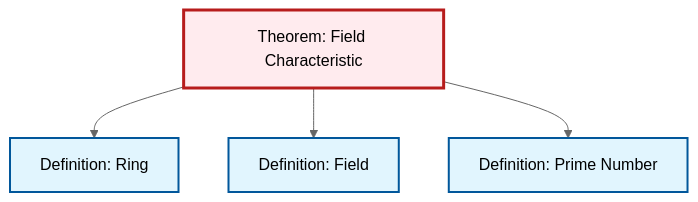
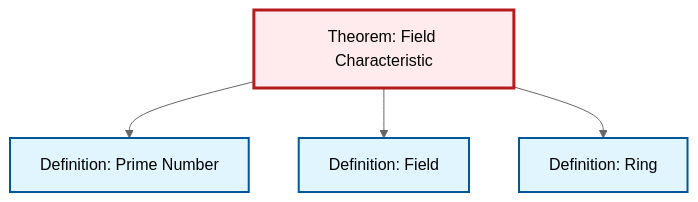
Before and after one commit to RK0429/ModernMath: the diagram in content/en/algebra/thm-field-characteristic.qmd, drawn with Mermaid (neutral theme). The commit also changed other lines of this file and 581 other files, not shown here.

````diff
--- a/content/en/algebra/thm-field-characteristic.qmd
+++ b/content/en/algebra/thm-field-characteristic.qmd
@@ -53,20 +53,20 @@
 ```{mermaid}
 %%| fig-cap: "Local dependency graph"
 graph TD
     classDef definition fill:#e1f5fe,stroke:#01579b,stroke-width:2px
     classDef theorem fill:#f3e5f5,stroke:#4a148c,stroke-width:2px
     classDef axiom fill:#fff3e0,stroke:#e65100,stroke-width:2px
     classDef example fill:#e8f5e9,stroke:#1b5e20,stroke-width:2px
     classDef current fill:#ffebee,stroke:#b71c1c,stroke-width:3px
-    def-field["Definition: Field"]:::definition
+    def-prime["Definition: Prime Number"]:::definition
     thm-field-characteristic["Theorem: Field Characteristic"]:::theorem
     def-ring["Definition: Ring"]:::definition
-    def-prime["Definition: Prime Number"]:::definition
+    def-field["Definition: Field"]:::definition
+    thm-field-characteristic --> def-prime
+    thm-field-characteristic --> def-field
     thm-field-characteristic --> def-ring
-    thm-field-characteristic --> def-field
-    thm-field-characteristic --> def-prime
     class thm-field-characteristic current
+    click def-prime "def-prime.html" "Go to Prime Number definition"
+    click def-ring "def-ring.html" "Go to Ring definition"
     click def-field "def-field.html" "Go to Field definition"
-    click def-ring "def-ring.html" "Go to Ring definition"
-    click def-prime "def-prime.html" "Go to Prime Number definition"
 ```
````
